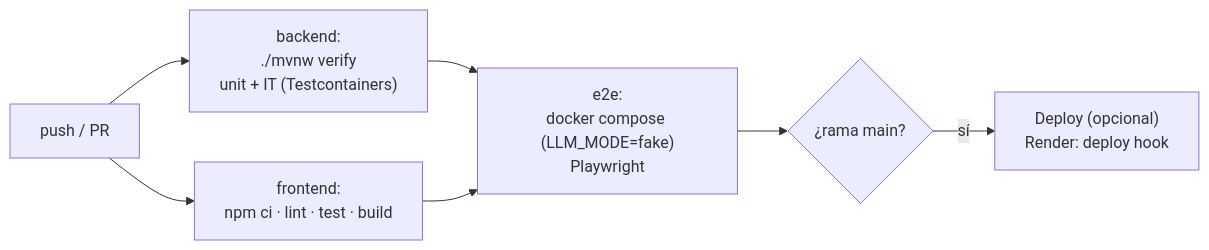
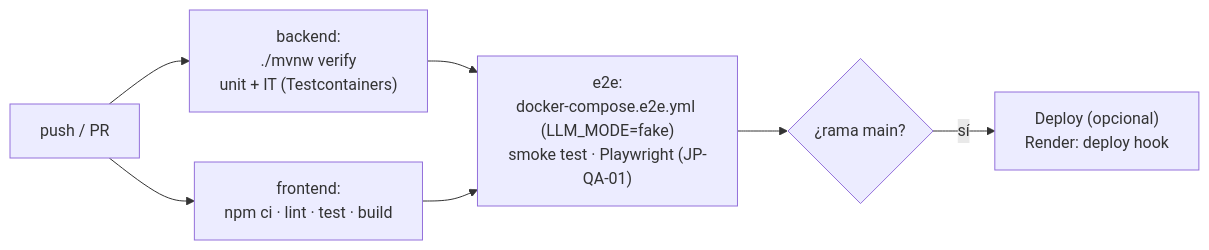
One commit to AndresAvella16/AI4Devs-finalproject changed the fourth of 5 diagrams in readme.md. Above: the diagram before and after it, drawn with Mermaid. The commit also changed other lines of this file and 14 other files, not shown here.

First line of the commit message:
feat(ops): stack completo con Docker Compose y pipeline de CI en GitHub Actions

````diff
--- a/readme.md
+++ b/readme.md
@@ -419,9 +433,9 @@
 ```mermaid
 flowchart LR
     P["push / PR"] --> B1["backend:<br/>./mvnw verify<br/>unit + IT (Testcontainers)"]
     P --> F1["frontend:<br/>npm ci · lint · test · build"]
-    B1 --> E["e2e:<br/>docker compose (LLM_MODE=fake)<br/>Playwright"]
+    B1 --> E["e2e:<br/>docker-compose.e2e.yml (LLM_MODE=fake)<br/>smoke test · Playwright (JP-QA-01)"]
     F1 --> E
     E --> D{"¿rama main?"}
     D -- sí --> DEP["Deploy (opcional)<br/>Render: deploy hook"]
 ```
````
